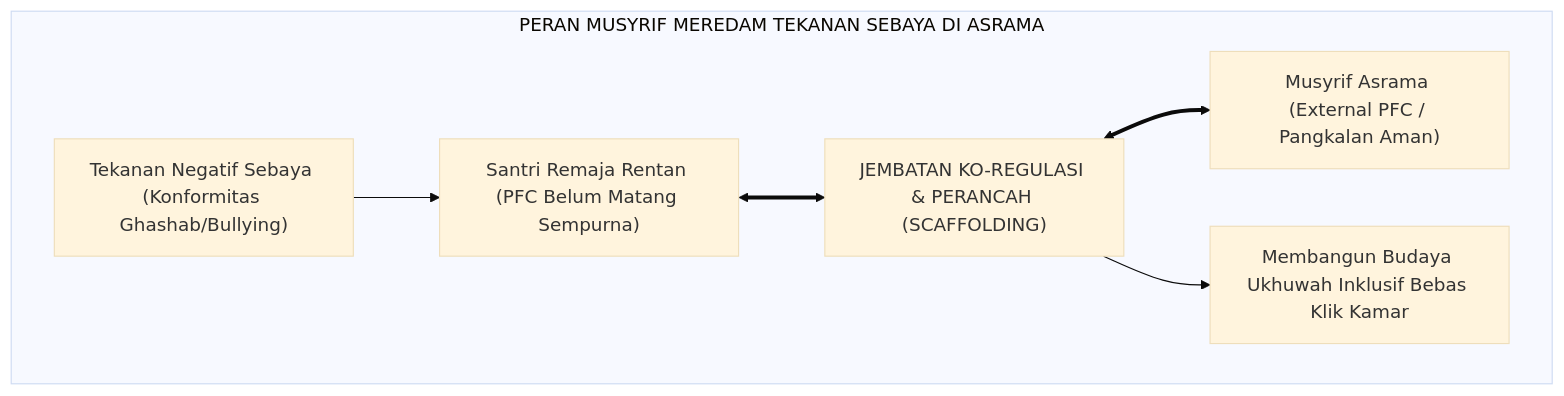
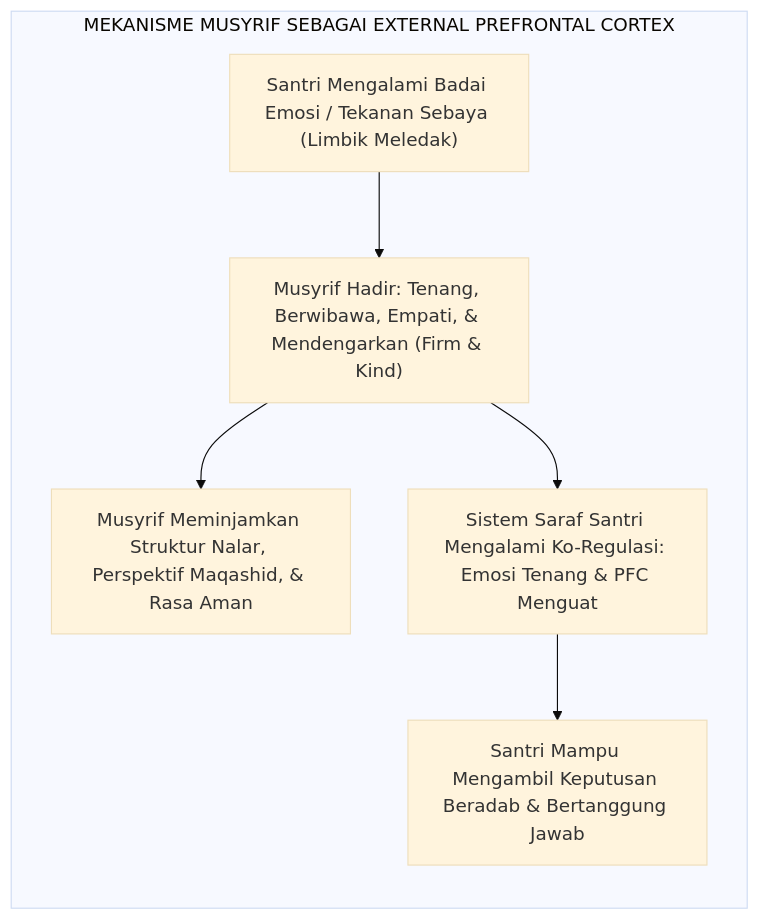
Before and after one commit to wandiapriliyandi/tumbuh: the second of 2 diagrams in BOOK-SERIES/Volume-02/Bab-03-Trajektori-Biososial-Spiritual-Remaja-Pesantren/04-Konformitas-Sebaya-dan-Musyrif-sebagai-External-PFC.md, drawn with Mermaid (base theme). The commit also changed other lines of this file and 18 other files, not shown here.

````diff
--- a/BOOK-SERIES/Volume-02/Bab-03-Trajektori-Biososial-Spiritual-Remaja-Pesantren/04-Konformitas-Sebaya-dan-Musyrif-sebagai-External-PFC.md
+++ b/BOOK-SERIES/Volume-02/Bab-03-Trajektori-Biososial-Spiritual-Remaja-Pesantren/04-Konformitas-Sebaya-dan-Musyrif-sebagai-External-PFC.md
@@ -20,10 +66,9 @@
 ```mermaid
-graph TD
-    subgraph SinergiSebayaMusyrif["PERAN MUSYRIF MEREDAM TEKANAN SEBAYA DI ASRAMA"]
-        Tekanan["Tekanan Negatif Sebaya (Konformitas Ghashab/Bullying)"] --> Santri["Santri Remaja Rentan (PFC Belum Matang Sempurna)"]
-        
-        Santri <==> Scaffolding["JEMBATAN KO-REGULASI & PERANCAH (SCAFFOLDING)"] <==> Musyrif["Musyrif Asrama (External PFC / Pangkalan Aman)"]
-        
-        Scaffolding --> Ukhuwah["Membangun Budaya Ukhuwah Inklusif Bebas Klik Kamar"]
+graph LR
+    subgraph PeranExternalPFC["MEKANISME MUSYRIF SEBAGAI EXTERNAL PREFRONTAL CORTEX"]
+        KrisisSantri["Santri Mengalami Badai Emosi / Tekanan Sebaya (Limbik Meledak)"] --> MusyrifHadir["Musyrif Hadir: Tenang, Berwibawa, Empati, & Mendengarkan (Firm & Kind)"]
+        MusyrifHadir --> PinjamNalar["Musyrif Meminjamkan Struktur Nalar, Perspektif Maqashid, & Rasa Aman"]
+        MusyrifHadir --> RegulasiOtak["Sistem Saraf Santri Mengalami Ko-Regulasi: Emosi Tenang & PFC Menguat"]
+        RegulasiOtak --> KeputusanBijak["Santri Mampu Mengambil Keputusan Beradab & Bertanggung Jawab"]
     end
 ```
````
